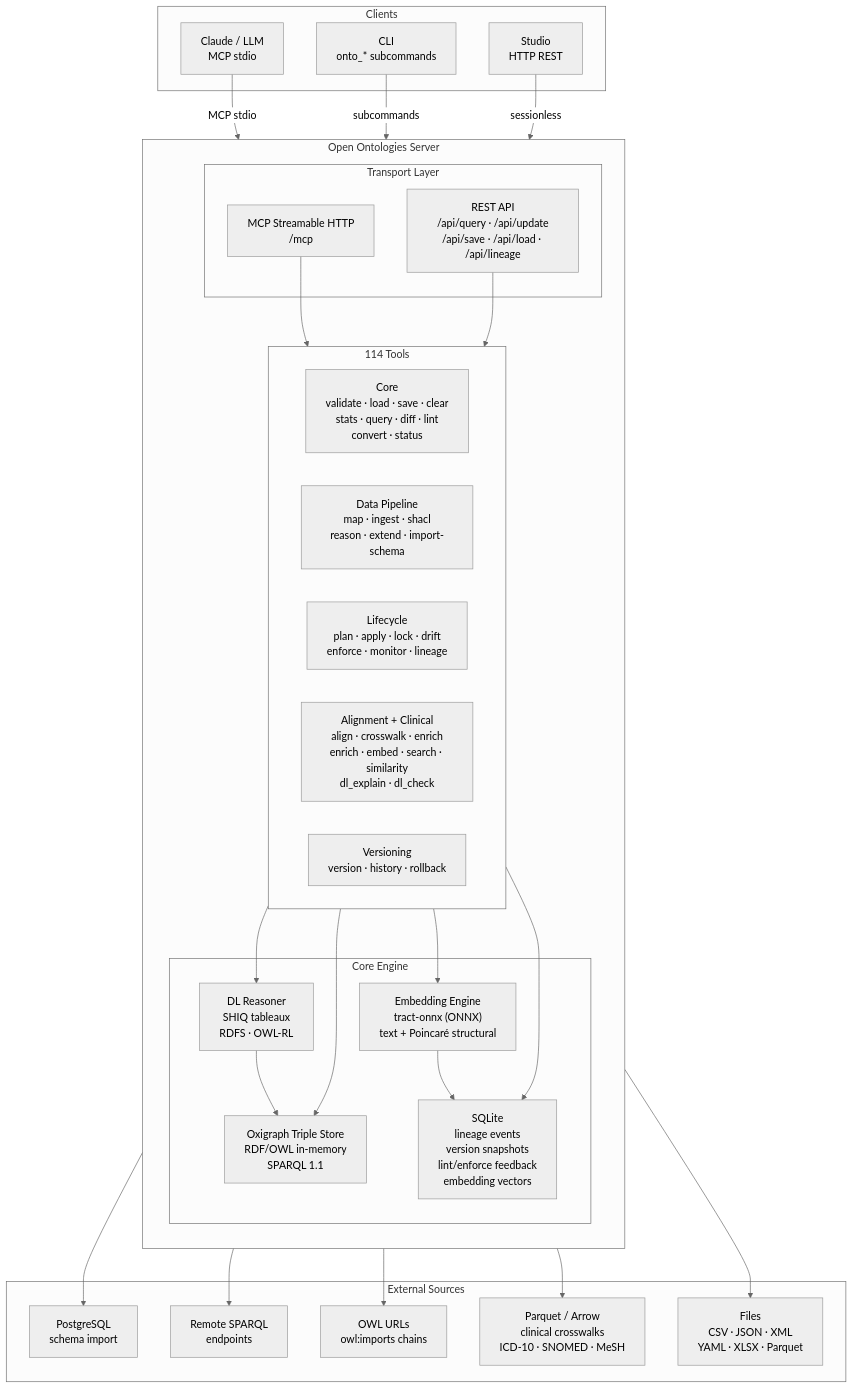
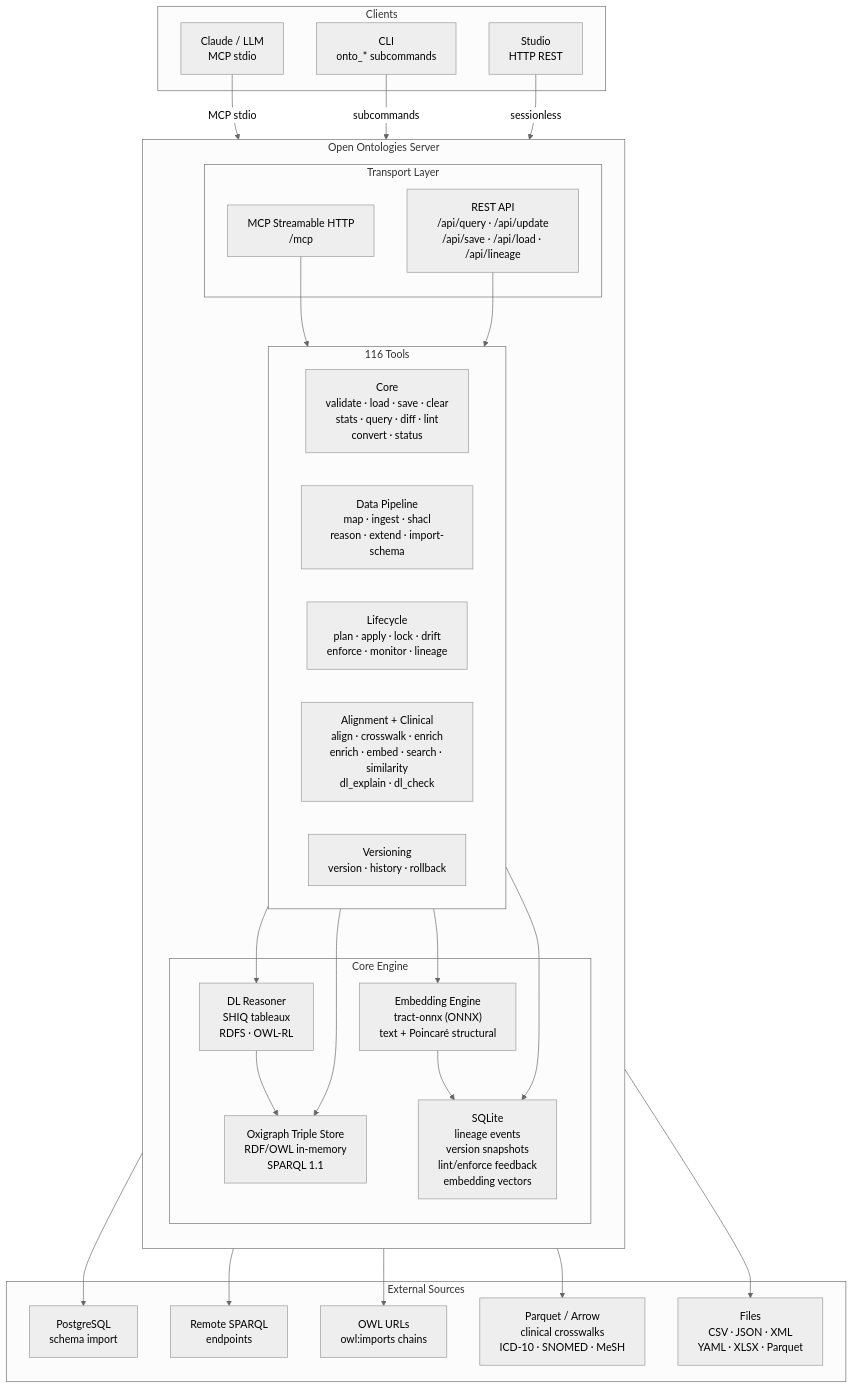
Before and after one commit to Elendil-Q/open-ontologies: the first of 2 diagrams in docs/architecture.md, drawn with Mermaid (neutral theme). The commit also changed 19 other files, not shown here.

````diff
--- a/docs/architecture.md
+++ b/docs/architecture.md
@@ -11,62 +11,62 @@
 ```mermaid
 flowchart TD
     subgraph Clients["Clients"]
         Claude["Claude / LLM\nMCP stdio"]
         CLI["CLI\nonto_* subcommands"]
         Studio["Studio\nHTTP REST"]
     end
 
     subgraph Server["Open Ontologies Server"]
         direction TB
 
         subgraph Transport["Transport Layer"]
             MCP_HTTP["MCP Streamable HTTP\n/mcp"]
             REST["REST API\n/api/query · /api/update\n/api/save · /api/load · /api/lineage"]
         end
 
-        subgraph ToolGroups["114 Tools"]
+        subgraph ToolGroups["116 Tools"]
             direction LR
             Core["Core\nvalidate · load · save · clear\nstats · query · diff · lint\nconvert · status"]
             DataPipe["Data Pipeline\nmap · ingest · shacl\nreason · extend · import-schema"]
             Lifecycle["Lifecycle\nplan · apply · lock · drift\nenforce · monitor · lineage"]
             Advanced["Alignment + Clinical\nalign · crosswalk · enrich\nenrich · embed · search · similarity\ndl_explain · dl_check"]
             Version["Versioning\nversion · history · rollback"]
         end
 
         subgraph Core2["Core Engine"]
             GraphStore["Oxigraph Triple Store\nRDF/OWL in-memory\nSPARQL 1.1"]
             SQLite["SQLite\nlineage events\nversion snapshots\nlint/enforce feedback\nembedding vectors"]
             Reasoner["DL Reasoner\nSHIQ tableaux\nRDFS · OWL-RL"]
             Embedder["Embedding Engine\ntract-onnx (ONNX)\ntext + Poincaré structural"]
         end
     end
 
     subgraph External["External Sources"]
         PG["PostgreSQL\nschema import"]
         SPARQL["Remote SPARQL\nendpoints"]
         OWL["OWL URLs\nowl:imports chains"]
         Parquet["Parquet / Arrow\nclinical crosswalks\nICD-10 · SNOMED · MeSH"]
         Files["Files\nCSV · JSON · XML\nYAML · XLSX · Parquet"]
     end
 
     Claude -->|"MCP stdio"| MCP_HTTP
     CLI -->|"subcommands"| MCP_HTTP
     Studio -->|"sessionless"| REST
 
     MCP_HTTP --> ToolGroups
     REST --> ToolGroups
 
     ToolGroups --> GraphStore
     ToolGroups --> SQLite
     ToolGroups --> Reasoner
     ToolGroups --> Embedder
 
     Reasoner --> GraphStore
     Embedder --> SQLite
 
     DataPipe --> Files
     Advanced --> Parquet
     Core --> OWL
     Core --> SPARQL
     DataPipe --> PG
 ```
````
